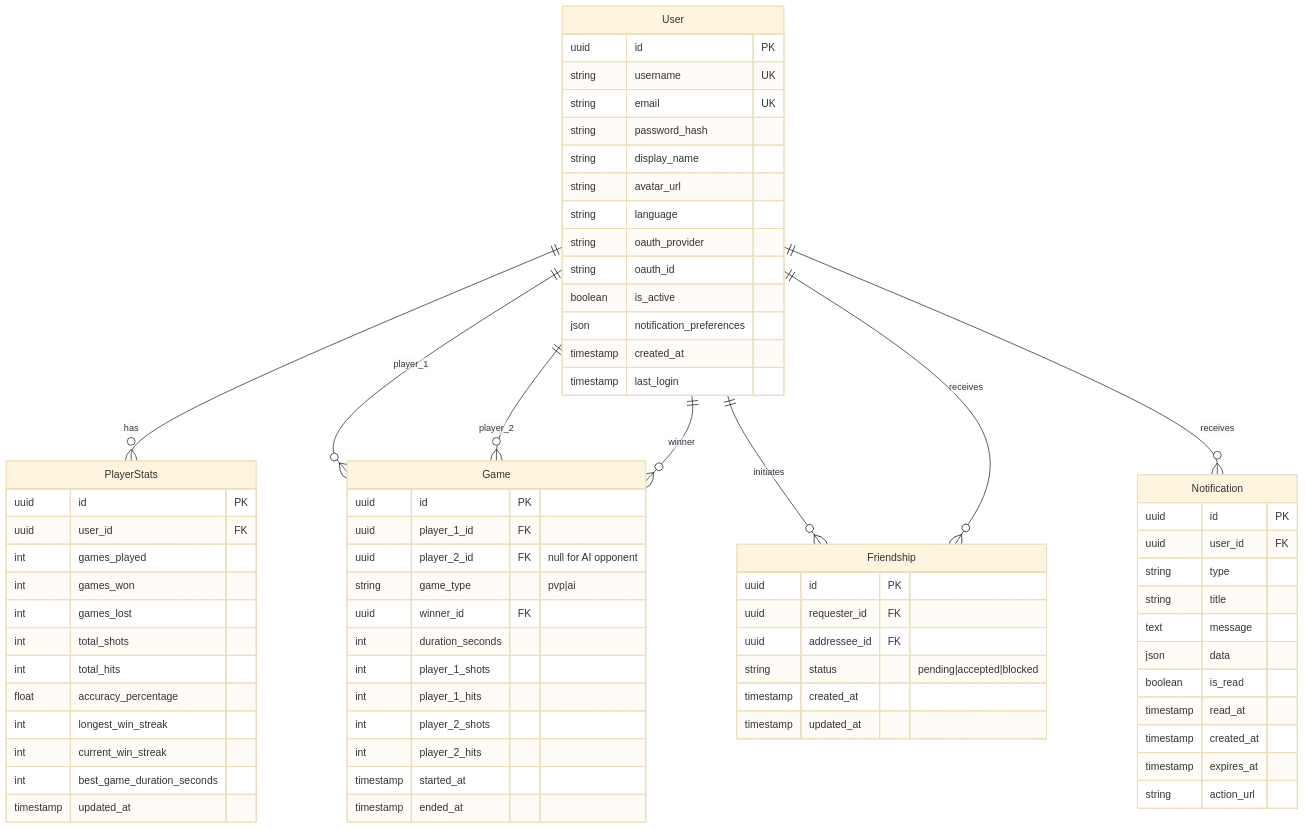
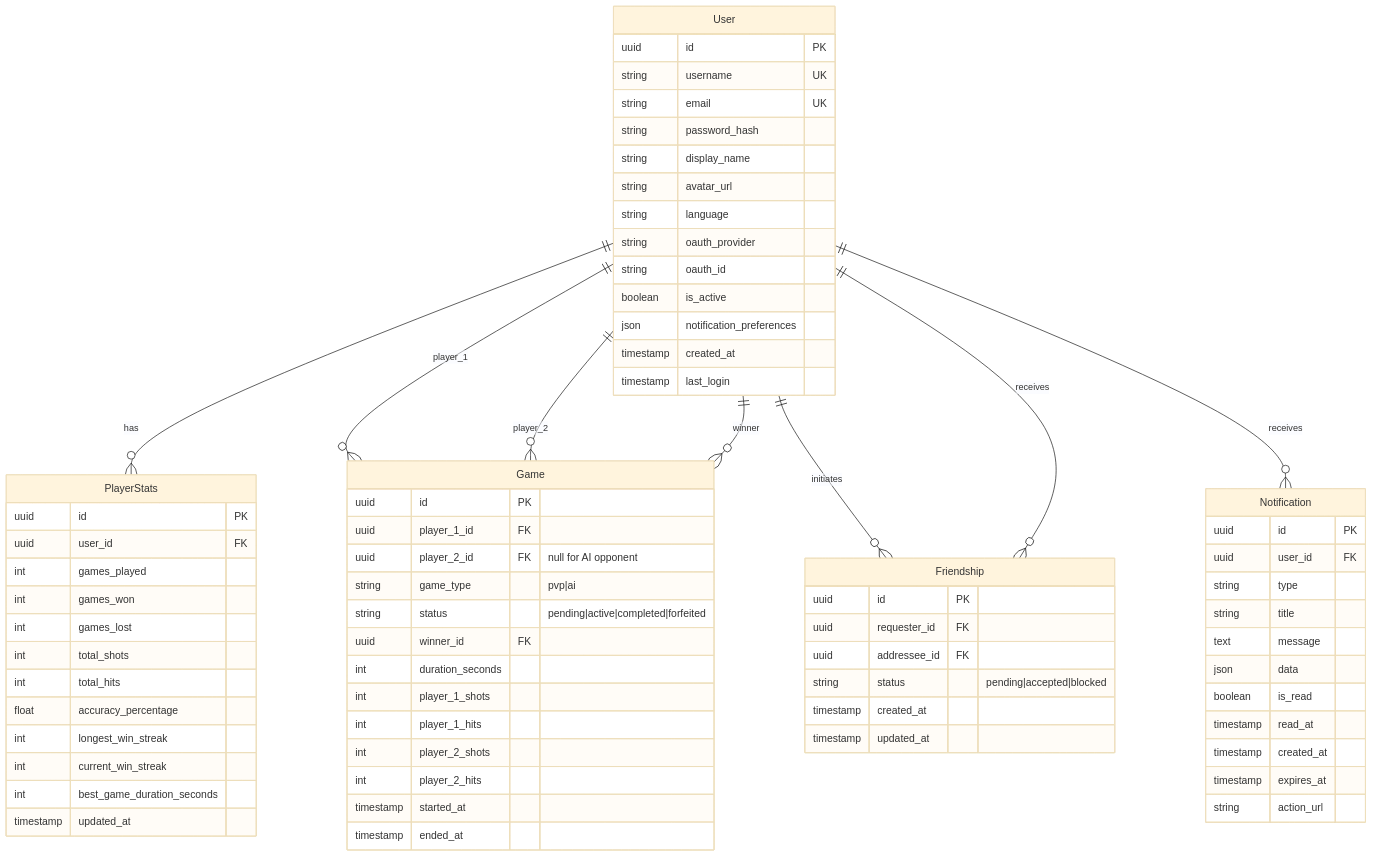
Before and after one commit to antekgorski/ft_transcendence: the second of 2 diagrams in README.md, drawn with Mermaid (base theme). The commit also changed other lines of this file and 17 other files, not shown here.

````diff
--- a/README.md
+++ b/README.md
@@ -199,79 +201,80 @@
 ```mermaid
 erDiagram
     User ||--o{ PlayerStats : "has"
     User ||--o{ Game : "player_1"
     User ||--o{ Game : "player_2"
     User ||--o{ Game : "winner"
     User ||--o{ Friendship : "initiates"
     User ||--o{ Friendship : "receives"
     User ||--o{ Notification : "receives"
     
     User {
         uuid id PK
         string username UK
         string email UK
         string password_hash
         string display_name
         string avatar_url
         string language
         string oauth_provider
         string oauth_id
         boolean is_active
         json notification_preferences
         timestamp created_at
         timestamp last_login
     }
     
     Notification {
         uuid id PK
         uuid user_id FK
         string type
         string title
         text message
         json data
         boolean is_read
         timestamp read_at
         timestamp created_at
         timestamp expires_at
         string action_url
     }
     
     PlayerStats {
         uuid id PK
         uuid user_id FK
         int games_played
         int games_won
         int games_lost
         int total_shots
         int total_hits
         float accuracy_percentage
         int longest_win_streak
         int current_win_streak
         int best_game_duration_seconds
         timestamp updated_at
     }
     
     Game {
         uuid id PK
         uuid player_1_id FK
         uuid player_2_id FK "null for AI opponent"
         string game_type "pvp|ai"
+        string status "pending|active|completed|forfeited"
         uuid winner_id FK
         int duration_seconds
         int player_1_shots
         int player_1_hits
         int player_2_shots
         int player_2_hits
         timestamp started_at
         timestamp ended_at
     }
     
     Friendship {
         uuid id PK
         uuid requester_id FK
         uuid addressee_id FK
         string status "pending|accepted|blocked"
         timestamp created_at
         timestamp updated_at
     }
 ```
````
